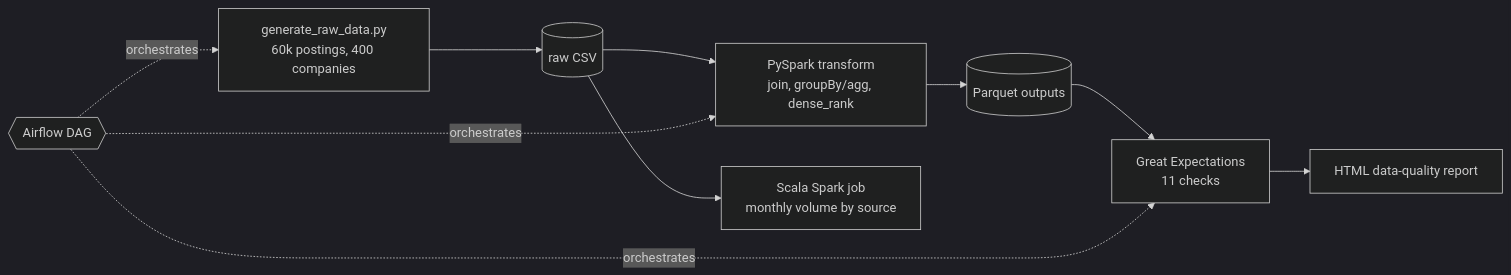
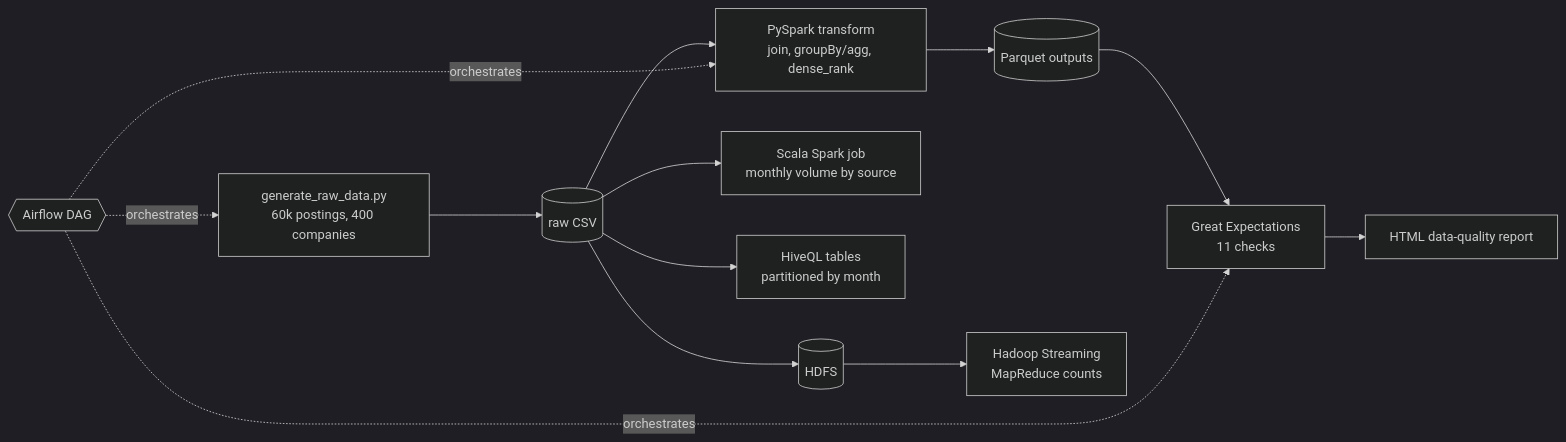
The diagram in README.md (Deshraj-Jogiya/job-market-lakehouse), drawn with Mermaid (dark theme) before and after one commit. The commit also changed other lines of this file, not shown here.

Commit message:
Describe the Hive tables and the Hadoop MapReduce job in the README

````diff
--- a/README.md
+++ b/README.md
@@ -22,10 +30,12 @@
 ```mermaid
 flowchart LR
     G[generate_raw_data.py<br/>60k postings, 400 companies] --> R[(raw CSV)]
     R --> T[PySpark transform<br/>join, groupBy/agg, dense_rank]
     T --> P[(Parquet outputs)]
     P --> V[Great Expectations<br/>11 checks]
     V --> D[HTML data-quality report]
     R --> S[Scala Spark job<br/>monthly volume by source]
+    R --> H[HiveQL tables<br/>partitioned by month]
+    R --> M[(HDFS)] --> MR[Hadoop Streaming<br/>MapReduce counts]
     A{{Airflow DAG}} -.orchestrates.-> G & T & V
 ```
````
